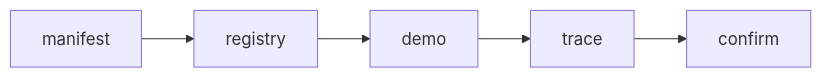
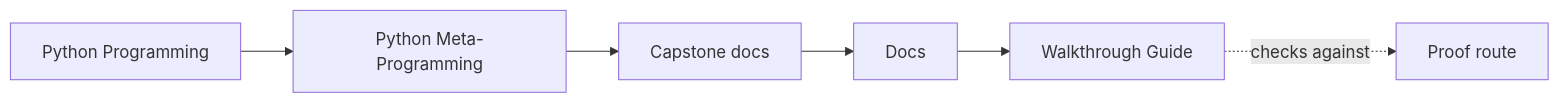
One commit to bijux/bijux-masterclass changed the first of 2 diagrams in programs/python-programming/python-meta-programming/capstone/docs/walkthrough-guide.md. Above: the diagram before and after it, drawn with Mermaid. The commit also changed other lines of this file and 91 other files, not shown here.

Commit message:
docs(python-meta-programming): map advanced runtime and capstone surfaces

````diff
--- a/programs/python-programming/python-meta-programming/capstone/docs/walkthrough-guide.md
+++ b/programs/python-programming/python-meta-programming/capstone/docs/walkthrough-guide.md
@@ -7,7 +7,12 @@
 ```mermaid
 graph LR
-  manifest["manifest"] --> registry["registry"]
-  registry --> demo["demo"]
-  demo --> trace["trace"]
-  trace --> tests["confirm"]
+  family["Python Programming"]
+  program["Python Meta-Programming"]
+  guide["Capstone docs"]
+  section["Docs"]
+  page["Walkthrough Guide"]
+  proof["Proof route"]
+
+  family --> program --> guide --> section --> page
+  page -.checks against.-> proof
 ```
````
